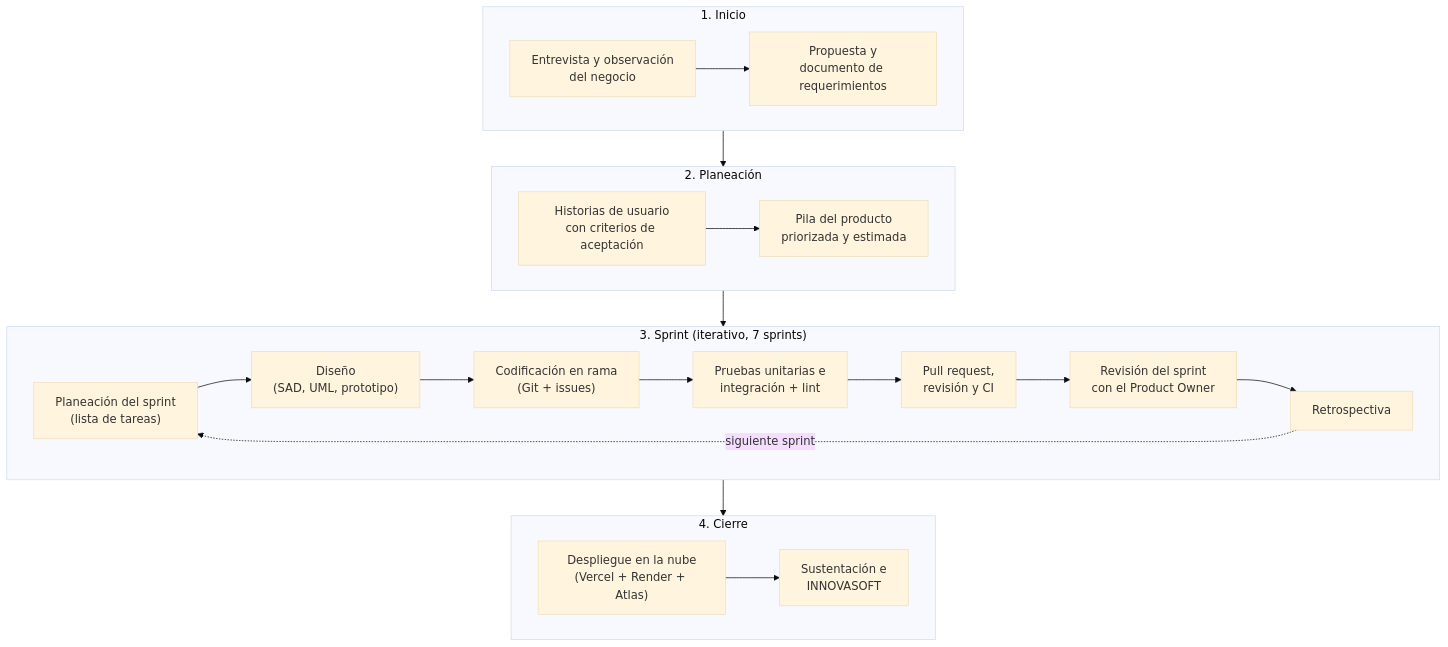
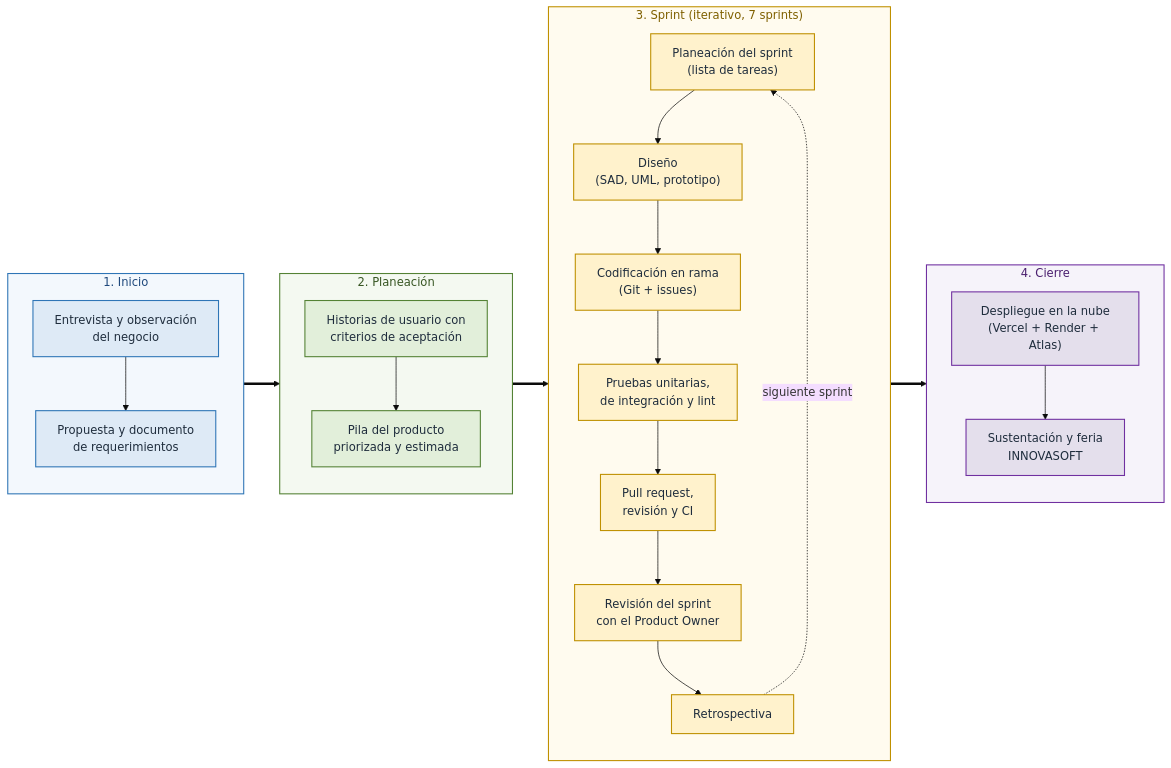
Before and after one commit to Omarcito-28/spa4.0: the diagram in docs/01-proceso-de-desarrollo/esquema-del-proceso.mmd, drawn with Mermaid (base theme). The commit also changed 37 other files, not shown here.

Commit message:
Docs: Finalize deliverables with unified styles, expanded SAD and redrawn diagrams

```diff
--- a/docs/01-proceso-de-desarrollo/esquema-del-proceso.mmd
+++ b/docs/01-proceso-de-desarrollo/esquema-del-proceso.mmd
@@ -1,21 +1,42 @@
-flowchart TB
+---
+config:
+  layout: dagre
+---
+%% Imagen: docs/01-proceso-de-desarrollo/Esquema del proceso.png
+%% Generar: npx -p @mermaid-js/mermaid-cli mmdc -c docs/mermaid-config.json -i "docs/01-proceso-de-desarrollo/esquema-del-proceso.mmd" -o "docs/01-proceso-de-desarrollo/Esquema del proceso.png" -s 2 -b white
+flowchart LR
   subgraph F1["1. Inicio"]
-    A1["Entrevista y observación<br/>del negocio"] --> A2["Propuesta y<br/>documento de requerimientos"]
+    direction TB
+    A1["Entrevista y observación<br/>del negocio"] --> A2["Propuesta y documento<br/>de requerimientos"]
   end
   subgraph F2["2. Planeación"]
-    B1["Historias de usuario<br/>con criterios de aceptación"] --> B2["Pila del producto<br/>priorizada y estimada"]
+    direction TB
+    B1["Historias de usuario con<br/>criterios de aceptación"] --> B2["Pila del producto<br/>priorizada y estimada"]
   end
   subgraph F3["3. Sprint (iterativo, 7 sprints)"]
-    direction LR
+    direction TB
     C1["Planeación del sprint<br/>(lista de tareas)"] --> C2["Diseño<br/>(SAD, UML, prototipo)"]
     C2 --> C3["Codificación en rama<br/>(Git + issues)"]
-    C3 --> C4["Pruebas unitarias e<br/>integración + lint"]
+    C3 --> C4["Pruebas unitarias,<br/>de integración y lint"]
     C4 --> C5["Pull request,<br/>revisión y CI"]
     C5 --> C6["Revisión del sprint<br/>con el Product Owner"]
     C6 --> C7["Retrospectiva"]
     C7 -. "siguiente sprint" .-> C1
   end
   subgraph F4["4. Cierre"]
-    D1["Despliegue en la nube<br/>(Vercel + Render + Atlas)"] --> D2["Sustentación e<br/>INNOVASOFT"]
+    direction TB
+    D1["Despliegue en la nube<br/>(Vercel + Render + Atlas)"] --> D2["Sustentación y feria<br/>INNOVASOFT"]
   end
-  F1 --> F2 --> F3 --> F4
+  F1 ==> F2 ==> F3 ==> F4
+  classDef ini fill:#DEEAF6,stroke:#2E75B6,stroke-width:1.5px,color:#1F2D3D
+  classDef pla fill:#E2EFDA,stroke:#548235,stroke-width:1.5px,color:#1F2D3D
+  classDef spr fill:#FFF2CC,stroke:#BF9000,stroke-width:1.5px,color:#1F2D3D
+  classDef cie fill:#E4DFEC,stroke:#7030A0,stroke-width:1.5px,color:#1F2D3D
+  class A1,A2 ini
+  class B1,B2 pla
+  class C1,C2,C3,C4,C5,C6,C7 spr
+  class D1,D2 cie
+  style F1 fill:#F3F8FD,stroke:#2E75B6,stroke-width:1.5px,color:#1F497D
+  style F2 fill:#F4F9F1,stroke:#548235,stroke-width:1.5px,color:#375623
+  style F3 fill:#FFFBEF,stroke:#BF9000,stroke-width:1.5px,color:#7F6000
+  style F4 fill:#F6F3FA,stroke:#7030A0,stroke-width:1.5px,color:#4B1F6F
```
